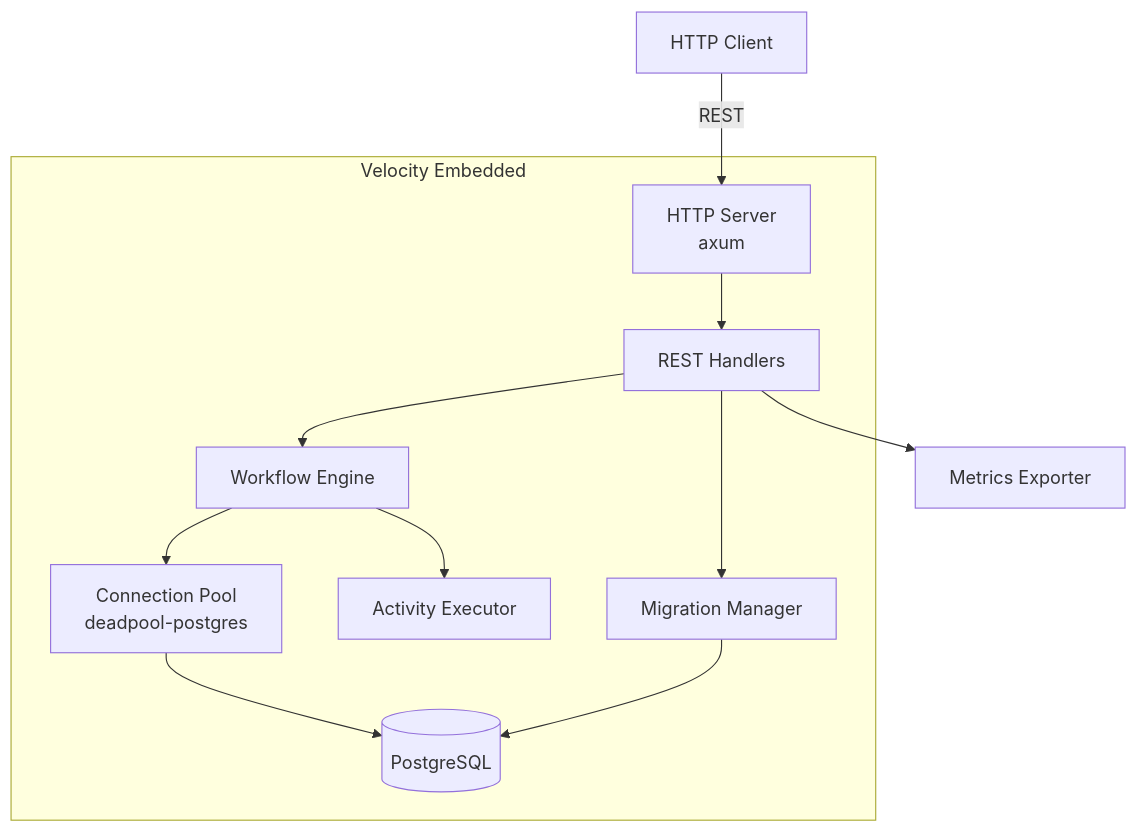
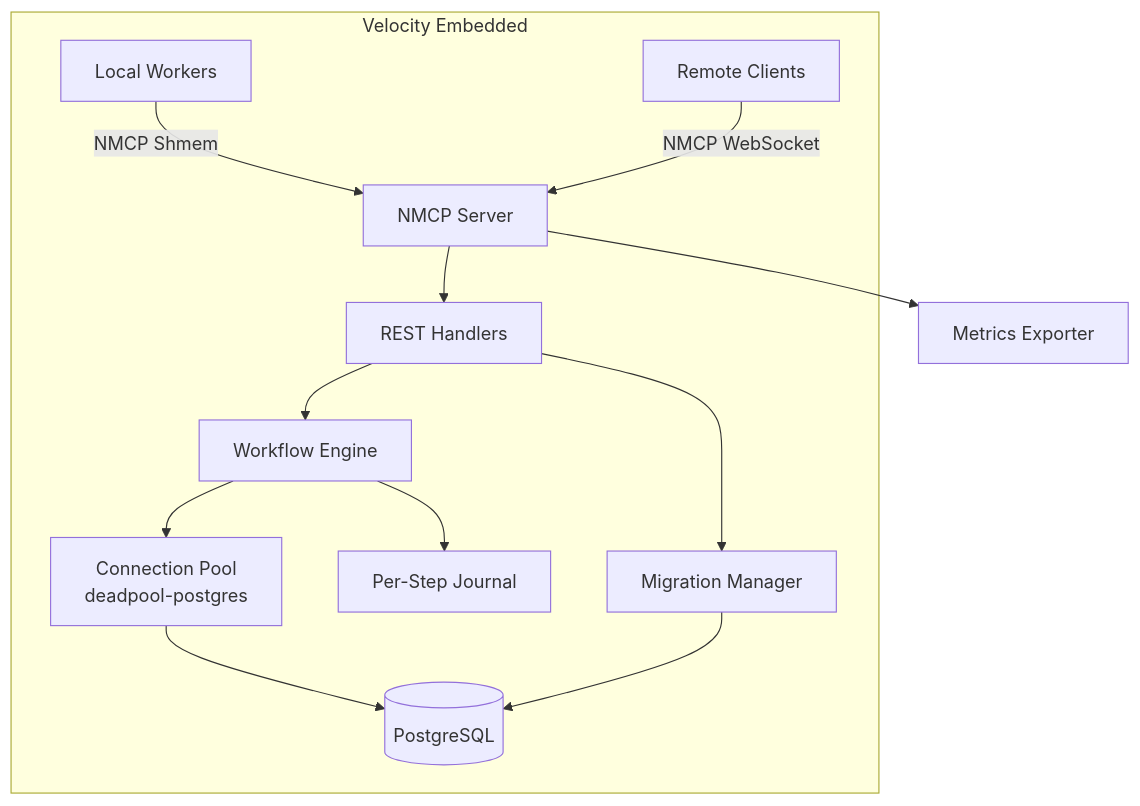
Before and after one commit to UnitBuilds-CC/V.E.L.O.C.I.T.Y.-WorkFlow: the first of 3 diagrams in .qoder/repowiki/en/content/Velocity Embedded (PostgreSQL).md, drawn with Mermaid. The commit also changed other lines of this file and 18 other files, not shown here.

````diff
--- a/.qoder/repowiki/en/content/Velocity Embedded (PostgreSQL).md
+++ b/.qoder/repowiki/en/content/Velocity Embedded (PostgreSQL).md
@@ -56,15 +60,16 @@
 ```mermaid
 graph TB
     subgraph "Velocity Embedded"
-        A[HTTP Server<br/>axum] --> B[REST Handlers]
-        B --> C[Workflow Engine]
-        C --> D[Connection Pool<br/>deadpool-postgres]
-        D --> E[(PostgreSQL)]
-        C --> F[Activity Executor]
-        B --> G[Migration Manager]
-        G --> E
+        A[Local Workers] -->|NMCP Shmem| B[NMCP Server]
+        C[Remote Clients] -->|NMCP WebSocket| B
+        B --> D[REST Handlers]
+        D --> E[Workflow Engine]
+        E --> F[Connection Pool<br/>deadpool-postgres]
+        F --> G[(PostgreSQL)]
+        E --> H[Per-Step Journal]
+        D --> I[Migration Manager]
+        I --> G
     end
     
-    H[HTTP Client] -->|REST| A
-    B --> I[Metrics Exporter]
+    B --> J[Metrics Exporter]
 ```
````
